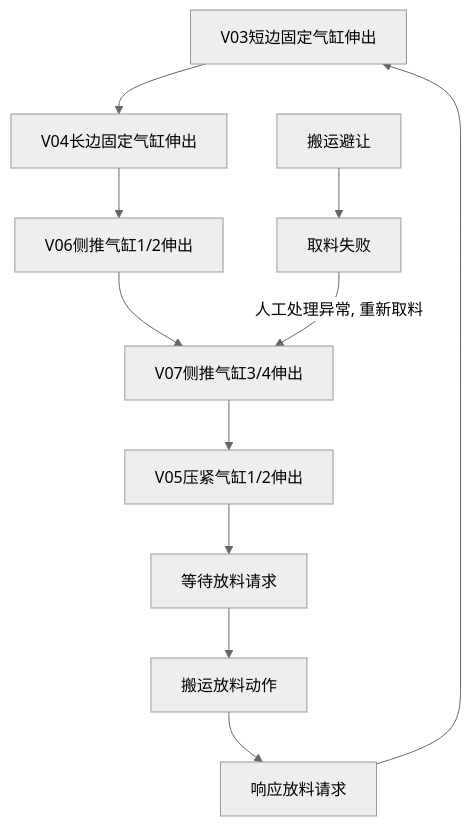
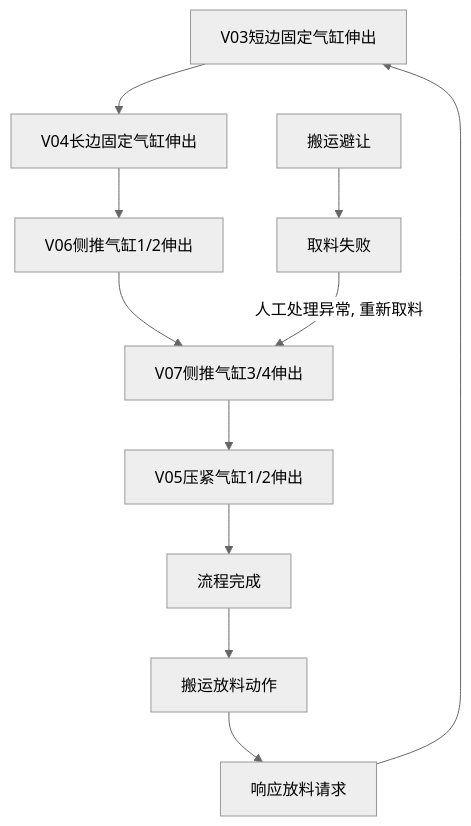
One commit to PengKun1/iodraw-files changed the diagram in all/OP10气缸固定流程.md. Above: the diagram before and after it, drawn with Mermaid (neutral theme).

Commit message:
2024-08-05 13:51:20 update

````diff
--- a/all/OP10气缸固定流程.md
+++ b/all/OP10气缸固定流程.md
@@ -1,16 +1,16 @@
 ```mermaid
 graph TD
 10[V03短边固定气缸伸出]-->20
 20[V04长边固定气缸伸出]-->30
 30[V06侧推气缸1/2伸出]-->40
 40[V07侧推气缸3/4伸出]-->50
 50[V05压紧气缸1/2伸出]-->60
-60[等待放料请求]-->70
+60[流程完成]-->70
 70[搬运放料动作]-->80
 80[响应放料请求]-->10
 
 90[搬运避让]-->900
 
 900[取料失败]-->|人工处理异常, 重新取料|40
   
 ```
````
